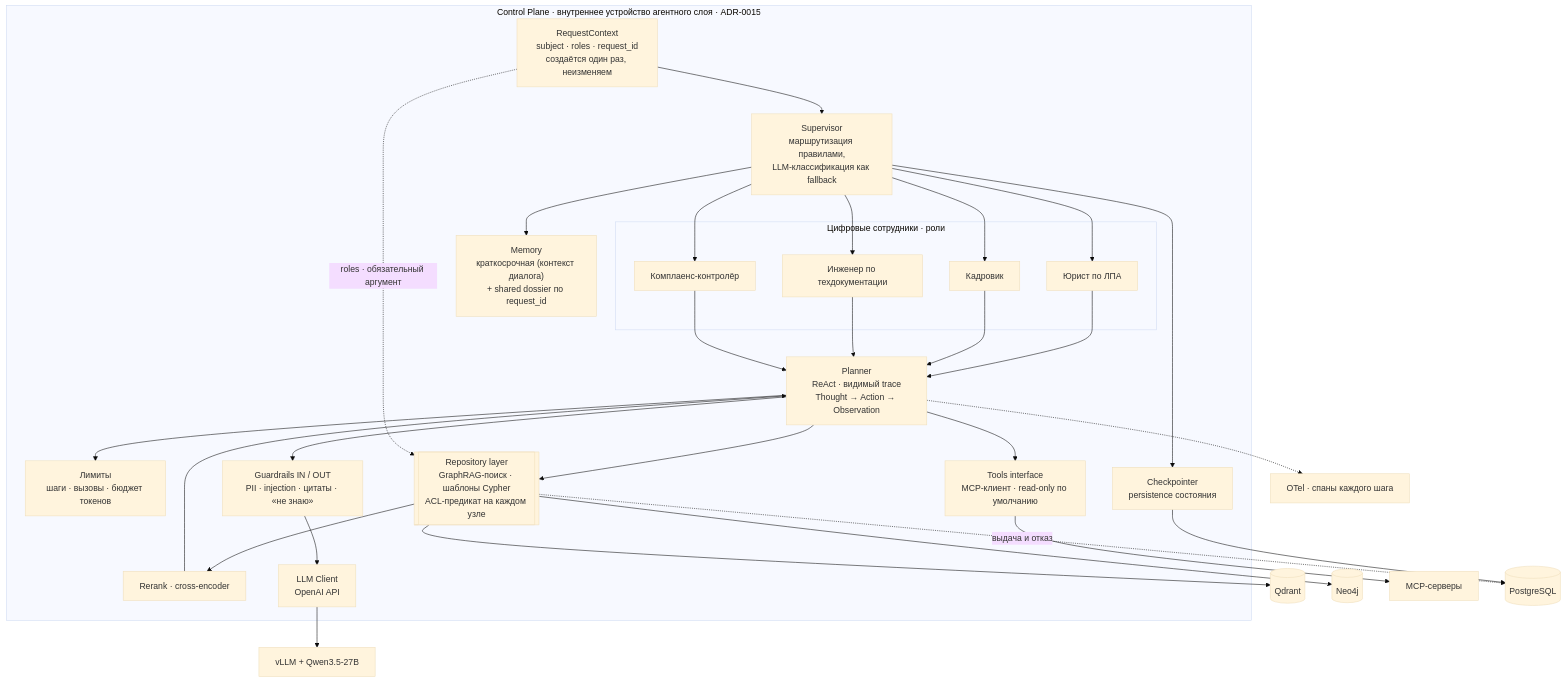
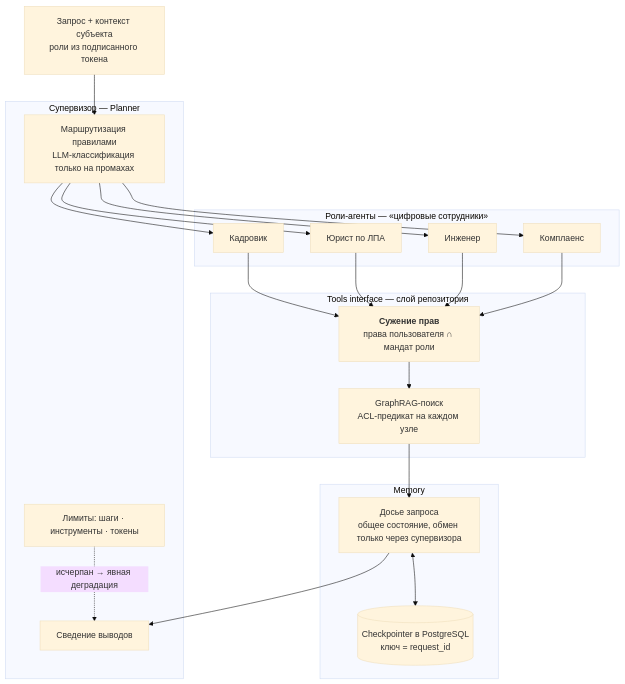
The third of 4 diagrams in final-project/docs/diagrams/c4.md (ZubikIT/ai-architect), drawn with Mermaid (base theme) before and after one commit. The commit also changed other lines of this file and 3 other files, not shown here.

````diff
--- a/final-project/docs/diagrams/c4.md
+++ b/final-project/docs/diagrams/c4.md
@@ -113,52 +103,33 @@
 ```mermaid
 flowchart TB
-  subgraph agent["Control Plane · внутреннее устройство агентного слоя · ADR-0015"]
-    ctx["RequestContext<br/>subject · roles · request_id<br/>создаётся один раз, неизменяем"]
-    sup["Supervisor<br/>маршрутизация правилами,<br/>LLM-классификация как fallback"]
-    subgraph roles["Цифровые сотрудники · роли"]
-      r1["Юрист по ЛПА"]
-      r2["Кадровик"]
-      r3["Инженер по техдокументации"]
-      r4["Комплаенс-контролёр"]
-    end
-    planner["Planner<br/>ReAct · видимый trace<br/>Thought → Action → Observation"]
-    mem["Memory<br/>краткосрочная (контекст диалога)<br/>+ shared dossier по request_id"]
-    lim["Лимиты<br/>шаги · вызовы · бюджет токенов"]
-    tools["Tools interface<br/>MCP-клиент · read-only по умолчанию"]
-    repo[["Repository layer<br/>GraphRAG-поиск · шаблоны Cypher<br/>ACL-предикат на каждом узле"]]
-    rr["Rerank · cross-encoder"]
-    guard["Guardrails IN / OUT<br/>PII · injection · цитаты · «не знаю»"]
-    llmc["LLM Client<br/>OpenAI API"]
-    ckpt["Checkpointer<br/>persistence состояния"]
+  req["Запрос + контекст субъекта<br/>роли из подписанного токена"]
+
+  subgraph sup["Супервизор — Planner"]
+    route["Маршрутизация правилами<br/>LLM-классификация только на промахах"]
+    limits["Лимиты: шаги · инструменты · токены"]
+    merge["Сведение выводов"]
   end
 
-  vllm["vLLM + Qwen3.5-27B"]
-  qdr[("Qdrant")]
-  neo[("Neo4j")]
-  mcpx["MCP-серверы"]
-  pgx[("PostgreSQL")]
-  otel["OTel · спаны каждого шага"]
+  subgraph agents["Роли-агенты — «цифровые сотрудники»"]
+    hr["Кадровик"]
+    legal["Юрист по ЛПА"]
+    tech["Инженер"]
+    comp["Комплаенс"]
+  end
 
-  ctx --> sup
-  sup --> r1
-  sup --> r2
-  sup --> r3
-  sup --> r4
-  r1 --> planner
-  r2 --> planner
-  r3 --> planner
-  r4 --> planner
-  planner --> lim
-  planner --> guard
-  guard --> llmc --> vllm
-  planner --> repo
-  ctx -.->|"roles · обязательный аргумент"| repo
-  repo --> qdr
-  repo --> neo
-  repo --> rr --> planner
-  planner --> tools --> mcpx
-  sup --> mem
-  sup --> ckpt --> pgx
-  planner -.-> otel
-  repo -.->|"выдача и отказ"| pgx
+  subgraph tools["Tools interface — слой репозитория"]
+    narrow["<b>Сужение прав</b><br/>права пользователя ∩ мандат роли"]
+    search["GraphRAG-поиск<br/>ACL-предикат на каждом узле"]
+  end
+
+  subgraph mem["Memory"]
+    dossier["Досье запроса<br/>общее состояние, обмен только через супервизора"]
+    cp[("Checkpointer в PostgreSQL<br/>ключ = request_id")]
+  end
+
+  req --> route --> hr & legal & tech & comp
+  hr & legal & tech & comp --> narrow --> search
+  search --> dossier --> merge
+  dossier <--> cp
+  limits -.->|"исчерпан → явная деградация"| merge
 ```
````
